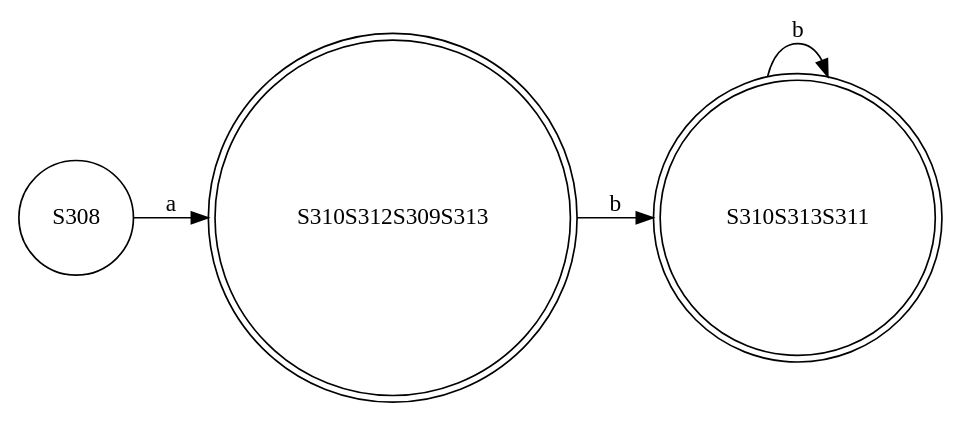
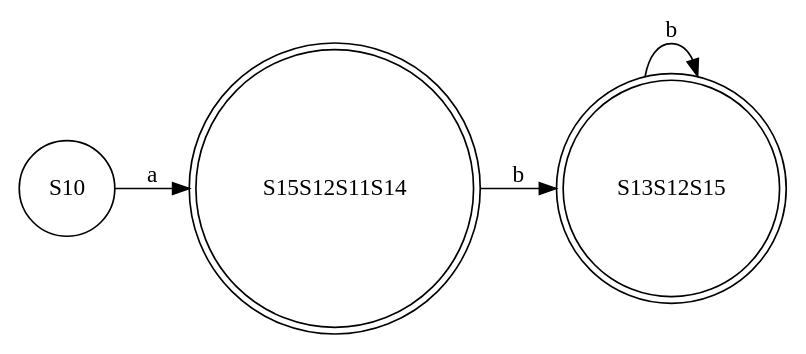
The diagram in finalCode/test-output/round-table.gv (abdelazizSalah/RegExp_NFA_DFA_DFAMinimization), drawn with Graphviz before and after one commit. The commit also changed 4 other files, not shown here.

```diff
--- a/finalCode/test-output/round-table.gv
+++ b/finalCode/test-output/round-table.gv
@@ -1,10 +1,10 @@
 // DFA graph
 digraph {
 	graph [rankdir=LR]
-	S308 [label=S308 shape=circle]
-	S308 -> S310S312S309S313 [label=a]
-	S310S312S309S313 [label=S310S312S309S313 shape=doublecircle]
-	S310S312S309S313 -> S310S313S311 [label=b]
-	S310S313S311 [label=S310S313S311 shape=doublecircle]
-	S310S313S311 -> S310S313S311 [label=b]
+	S10 [label=S10 shape=circle]
+	S10 -> S15S12S11S14 [label=a]
+	S15S12S11S14 [label=S15S12S11S14 shape=doublecircle]
+	S15S12S11S14 -> S13S12S15 [label=b]
+	S13S12S15 [label=S13S12S15 shape=doublecircle]
+	S13S12S15 -> S13S12S15 [label=b]
 }
```
